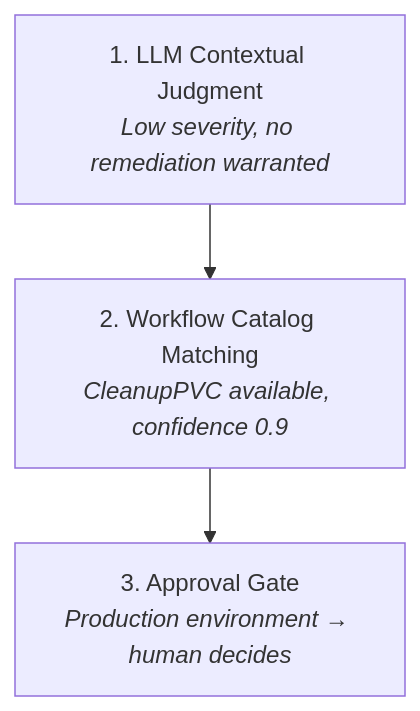
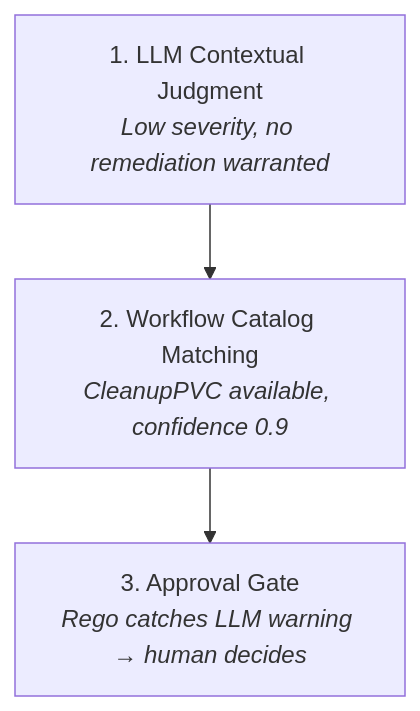
One commit to jordigilh/kubernaut-docs changed the second of 3 diagrams in docs/use-cases/llm-judgment-approval-gate.md. Above: the diagram before and after it, drawn with Mermaid. The commit also changed other lines of this file, not shown here.

First line of the commit message:
docs: incorporate 3-run validation and confirmed Rego gap

````diff
--- a/docs/use-cases/llm-judgment-approval-gate.md
+++ b/docs/use-cases/llm-judgment-approval-gate.md
@@ -117,6 +150,6 @@
 ```mermaid
 graph TD
     LLM["1. LLM Contextual Judgment<br/><i>Low severity, no remediation warranted</i>"]
     LLM --> Catalog["2. Workflow Catalog Matching<br/><i>CleanupPVC available, confidence 0.9</i>"]
-    Catalog --> Gate["3. Approval Gate<br/><i>Production environment → human decides</i>"]
+    Catalog --> Gate["3. Approval Gate<br/><i>Rego catches LLM warning → human decides</i>"]
 ```
````
